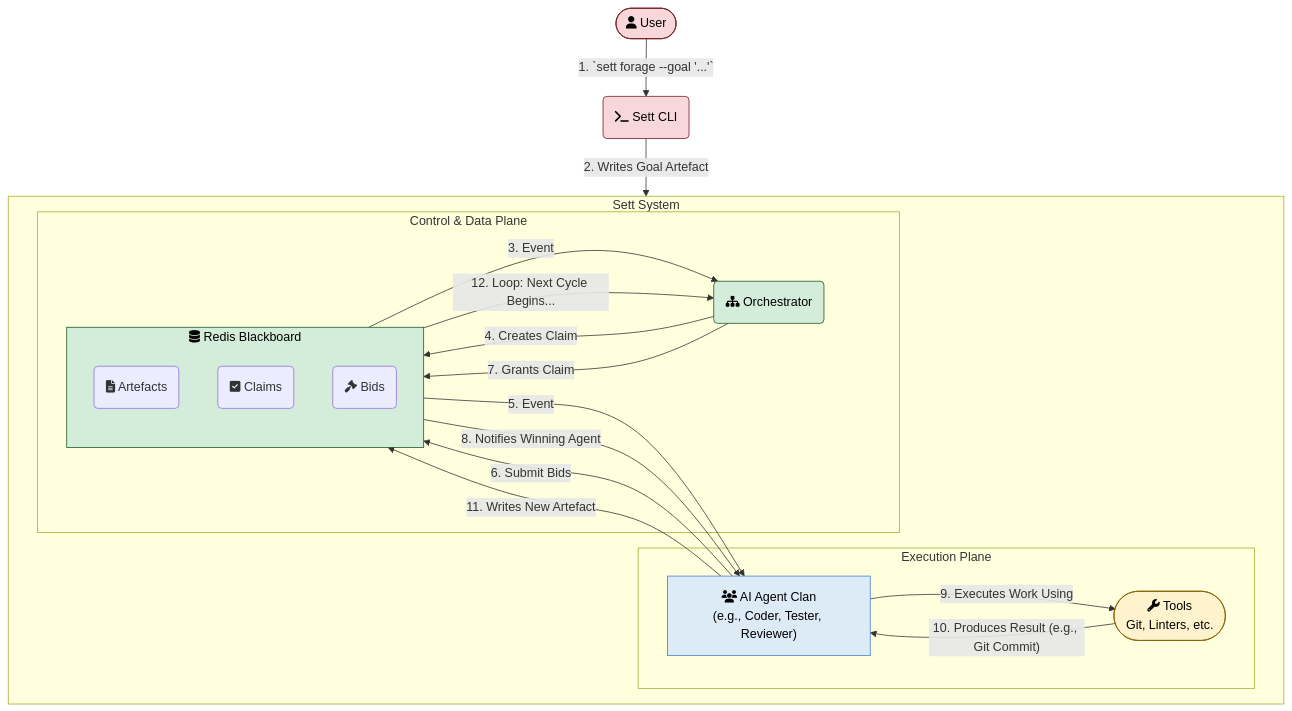
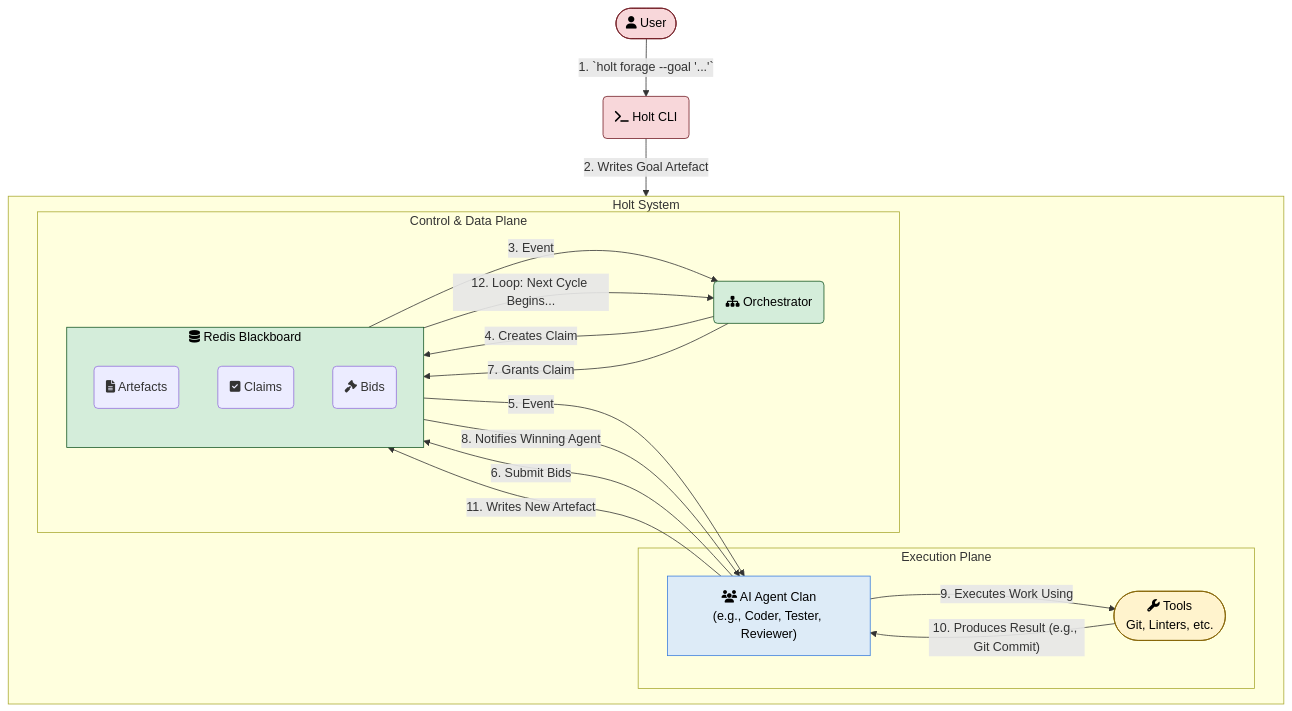
The diagram in README.md (dyluth/holt), drawn with Mermaid before and after one commit. The commit also changed other lines of this file and 205 other files, not shown here.

````diff
--- a/README.md
+++ b/README.md
@@ -102,51 +108,51 @@
 ```mermaid
 graph TD
-    User([fa:fa-user User]) -- "1. `sett forage --goal '...'`" --> CLI(fa:fa-terminal Sett CLI)
+    User([fa:fa-user User]) -- "1. `holt forage --goal '...'`" --> CLI(fa:fa-terminal Holt CLI)
 
-    subgraph "Sett System"
+    subgraph "Holt System"
         direction LR
         
         subgraph "Execution Plane"
             Agents["fa:fa-users AI Agent Clan<br/>(e.g., Coder, Tester, Reviewer)"]
             Tools([fa:fa-wrench Tools<br/>Git, Linters, etc.])
         end
 
         subgraph "Control & Data Plane"
             Orchestrator(fa:fa-sitemap Orchestrator)
             
             subgraph Blackboard [fa:fa-database Redis Blackboard]
                 Artefacts("fa:fa-file-alt Artefacts")
                 Claims("fa:fa-check-square Claims")
                 Bids("fa:fa-gavel Bids")
             end
         end
     end
 
     CLI -- "2. Writes Goal Artefact" --> Blackboard
     
     Blackboard -- "3. Event" --> Orchestrator
     Orchestrator -- "4. Creates Claim" --> Blackboard
     
     Blackboard -- "5. Event" --> Agents
     Agents -- "6. Submit Bids" --> Blackboard
     
     Orchestrator -- "7. Grants Claim" --> Blackboard
     Blackboard -- "8. Notifies Winning Agent" --> Agents
     
     Agents -- "9. Executes Work Using" --> Tools
     Tools -- "10. Produces Result (e.g., Git Commit)" --> Agents
     Agents -- "11. Writes New Artefact" --> Blackboard
 
     Blackboard -- "12. Loop: Next Cycle Begins..." --> Orchestrator
 
     %% Style Definitions
     classDef core fill:#d4edda,stroke:#155724,color:#000;
     classDef agent fill:#ddebf7,stroke:#3b7ddd,color:#000;
     classDef user fill:#f8d7da,stroke:#721c24,color:#000;
     classDef data fill:#fff3cd,stroke:#856404,color:#000;
 
     class Orchestrator,Blackboard core;
     class Agents agent;
     class User,CLI user;
     class Tools data;
 ```
````
